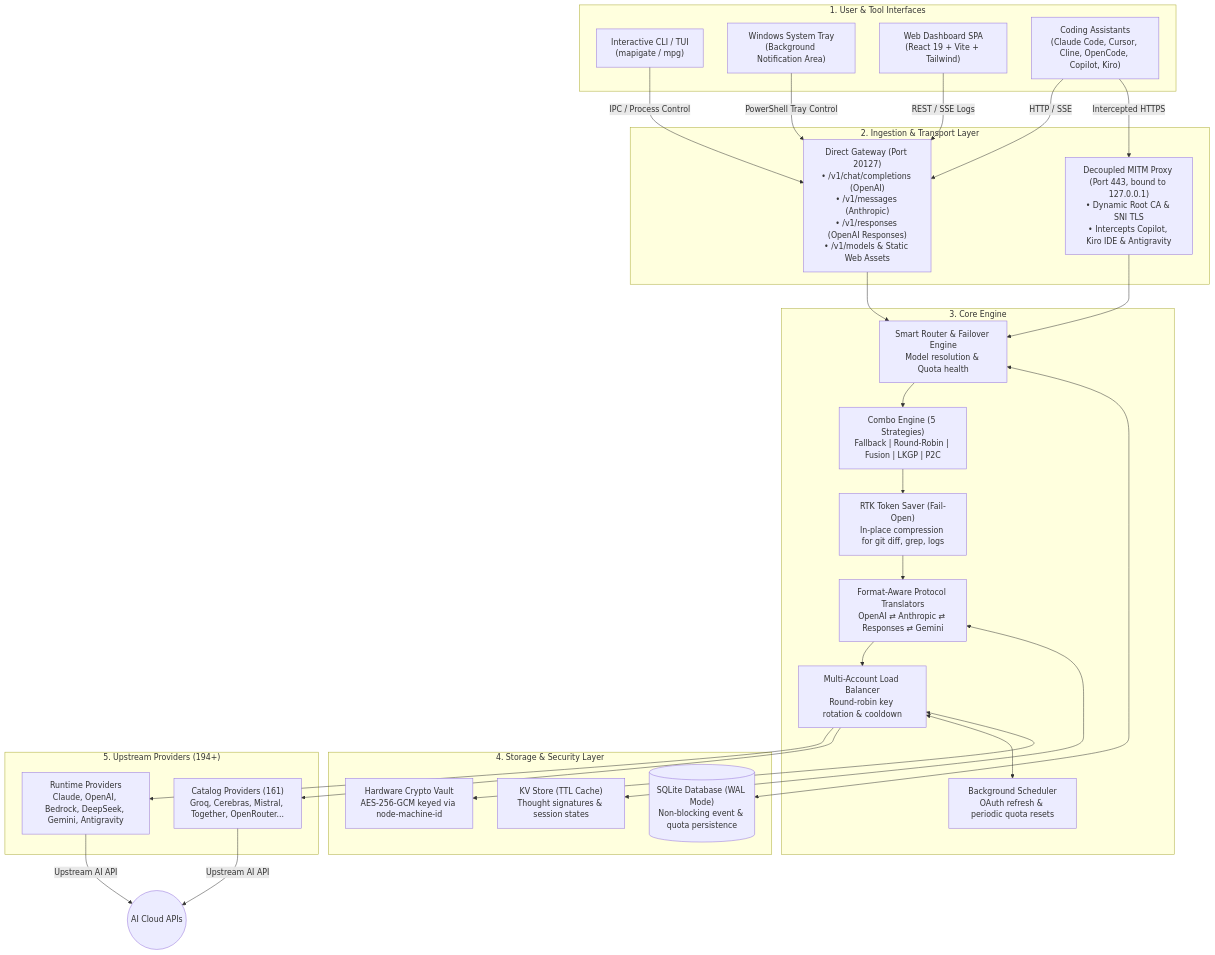
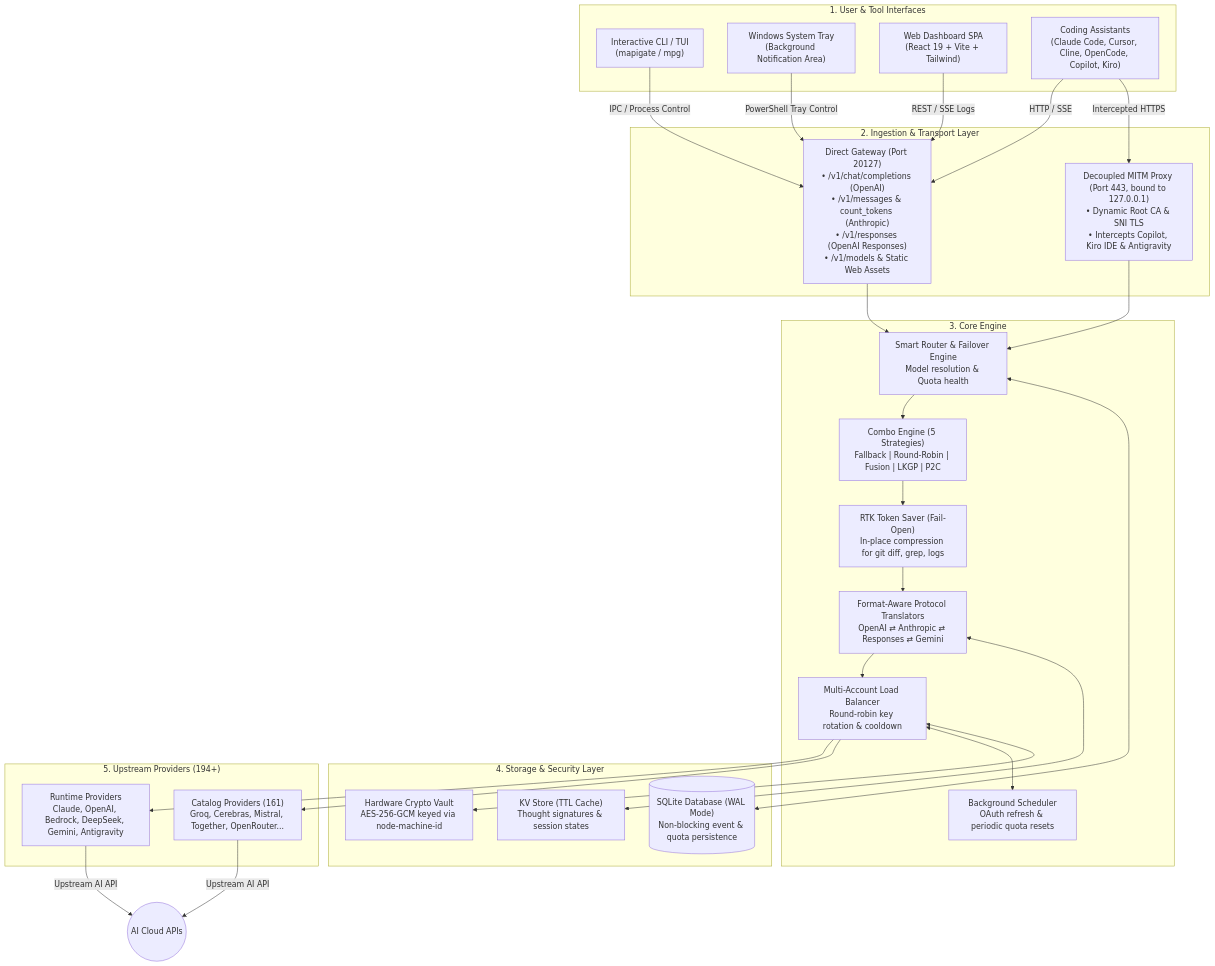
Before and after one commit to joutvhu/mapigate: the first of 4 diagrams in docs/ARCHITECTURE.md, drawn with Mermaid. The commit also changed other lines of this file and 18 other files, not shown here.

````diff
--- a/docs/ARCHITECTURE.md
+++ b/docs/ARCHITECTURE.md
@@ -12,55 +12,55 @@
 ```mermaid
 graph TD
     subgraph UI["1. User & Tool Interfaces"]
         CLI["Interactive CLI / TUI<br/>(mapigate / mpg)"]
         TRAY["Windows System Tray<br/>(Background Notification Area)"]
         DASH["Web Dashboard SPA<br/>(React 19 + Vite + Tailwind)"]
         TOOLS["Coding Assistants<br/>(Claude Code, Cursor, Cline, OpenCode, Copilot, Kiro)"]
     end
 
     subgraph INGEST["2. Ingestion & Transport Layer"]
-        GATEWAY["Direct Gateway (Port 20127)<br/>• /v1/chat/completions (OpenAI)<br/>• /v1/messages (Anthropic)<br/>• /v1/responses (OpenAI Responses)<br/>• /v1/models & Static Web Assets"]
+        GATEWAY["Direct Gateway (Port 20127)<br/>• /v1/chat/completions (OpenAI)<br/>• /v1/messages & count_tokens (Anthropic)<br/>• /v1/responses (OpenAI Responses)<br/>• /v1/models & Static Web Assets"]
         MITM["Decoupled MITM Proxy (Port 443, bound to 127.0.0.1)<br/>• Dynamic Root CA & SNI TLS<br/>• Intercepts Copilot, Kiro IDE & Antigravity"]
     end
 
     subgraph ENGINE["3. Core Engine"]
         ROUTER["Smart Router & Failover Engine<br/>Model resolution & Quota health"]
         COMBO["Combo Engine (5 Strategies)<br/>Fallback | Round-Robin | Fusion | LKGP | P2C"]
         RTK["RTK Token Saver (Fail-Open)<br/>In-place compression for git diff, grep, logs"]
         ADAPTERS["Format-Aware Protocol Translators<br/>OpenAI ⇄ Anthropic ⇄ Responses ⇄ Gemini"]
         LOADBAL["Multi-Account Load Balancer<br/>Round-robin key rotation & cooldown"]
         SCHED["Background Scheduler<br/>OAuth refresh & periodic quota resets"]
     end
 
     subgraph STORAGE["4. Storage & Security Layer"]
         SQLITE[("SQLite Database (WAL Mode)<br/>Non-blocking event & quota persistence")]
         VAULT["Hardware Crypto Vault<br/>AES-256-GCM keyed via node-machine-id"]
         KV["KV Store (TTL Cache)<br/>Thought signatures & session states"]
     end
 
     subgraph UPSTREAM["5. Upstream Providers (194+)"]
         PROV_RUN["Runtime Providers<br/>Claude, OpenAI, Bedrock, DeepSeek, Gemini, Antigravity"]
         PROV_CAT["Catalog Providers (161)<br/>Groq, Cerebras, Mistral, Together, OpenRouter..."]
     end
 
     TOOLS -->|HTTP / SSE| GATEWAY
     TOOLS -->|Intercepted HTTPS| MITM
     CLI -->|IPC / Process Control| GATEWAY
     TRAY -->|PowerShell Tray Control| GATEWAY
     DASH -->|REST / SSE Logs| GATEWAY
 
     GATEWAY --> ROUTER
     MITM --> ROUTER
 
     ROUTER --> COMBO
     COMBO --> RTK
     RTK --> ADAPTERS
     ADAPTERS --> LOADBAL
     LOADBAL --> PROV_RUN & PROV_CAT
 
     LOADBAL <--> SCHED
     ROUTER <--> SQLITE
     LOADBAL <--> VAULT
     ADAPTERS <--> KV
     PROV_RUN & PROV_CAT -->|Upstream AI API| INTERNET((AI Cloud APIs))
 ```
````
